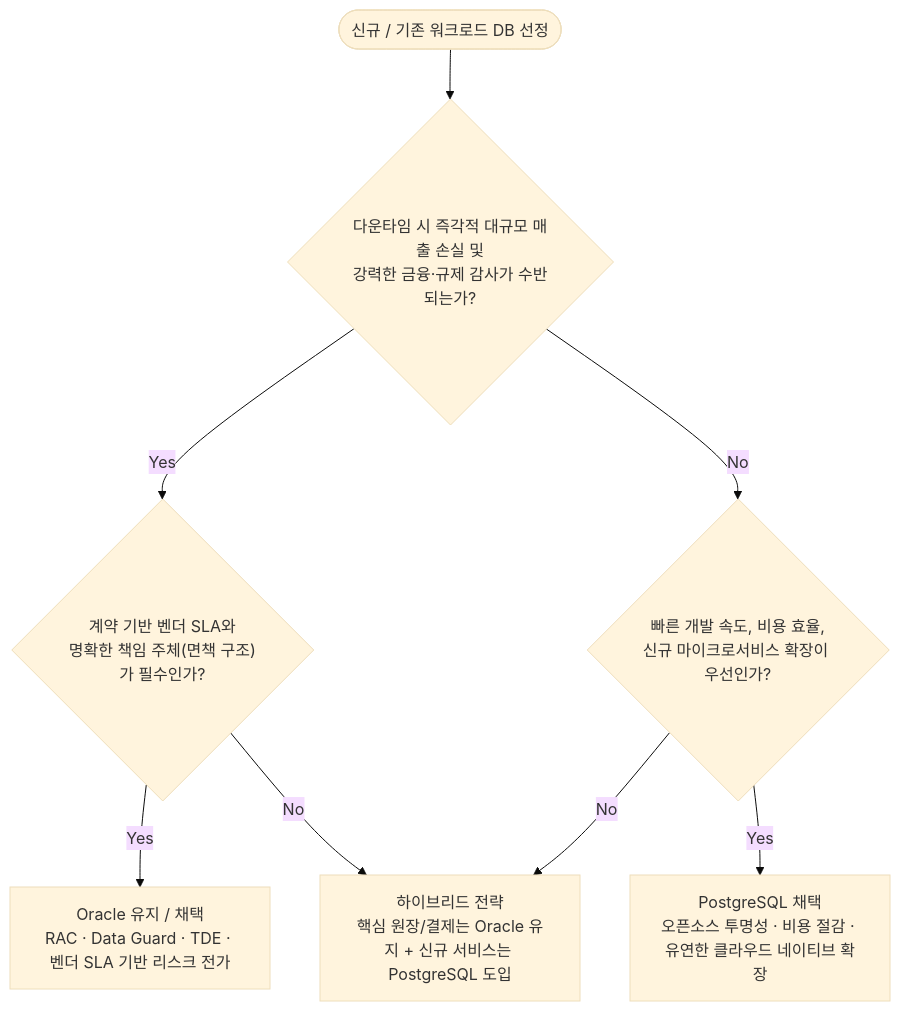
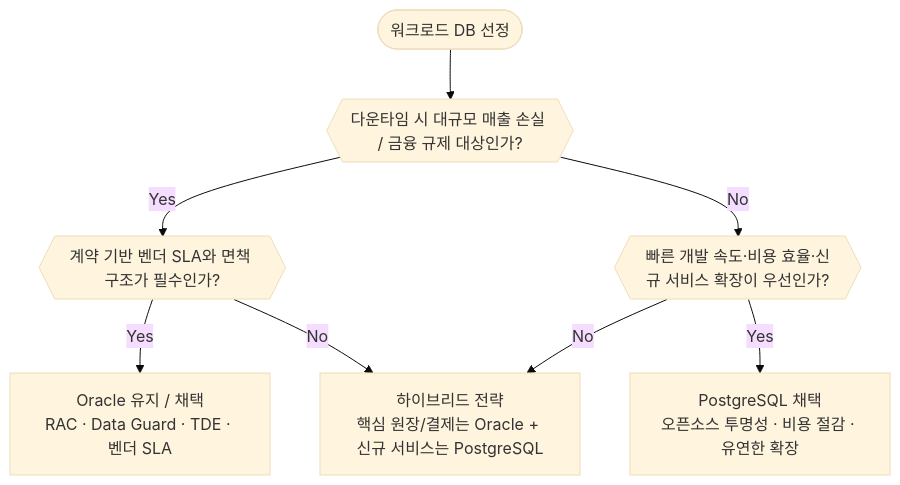
Before and after one commit to djpibo/djpibo.github.io: the first of 2 diagrams in docs/dbms/distributed/why-enterprises-still-choose-oracle-over-postgresql.md, drawn with Mermaid (base theme). The commit also changed 6 other files, not shown here.

Commit message:
style(mermaid): replace oversized diamond nodes with compact hexagon nodes

````diff
--- a/docs/dbms/distributed/why-enterprises-still-choose-oracle-over-postgresql.md
+++ b/docs/dbms/distributed/why-enterprises-still-choose-oracle-over-postgresql.md
@@ -42,19 +42,19 @@
 ```mermaid
 flowchart TD
-    START(["신규 / 기존 워크로드 DB 선정"])
-    Q1{"다운타임 시 즉각적 대규모 매출 손실 및<br/>강력한 금융·규제 감사가 수반되는가?"}
-    Q2{"계약 기반 벤더 SLA와<br/>명확한 책임 주체(면책 구조)가 필수인가?"}
-    Q3{"빠른 개발 속도, 비용 효율,<br/>신규 마이크로서비스 확장이 우선인가?"}
+    START(["워크로드 DB 선정"])
+    Q1{{"다운타임 시 대규모 매출 손실 / 금융 규제 대상인가?"}}
+    Q2{{"계약 기반 벤더 SLA와 면책 구조가 필수인가?"}}
+    Q3{{"빠른 개발 속도·비용 효율·신규 서비스 확장이 우선인가?"}}
 
-    ORACLE["Oracle 유지 / 채택<br/>RAC · Data Guard · TDE · 벤더 SLA 기반 리스크 전가"]
-    PG["PostgreSQL 채택<br/>오픈소스 투명성 · 비용 절감 · 유연한 클라우드 네이티브 확장"]
-    HYBRID["하이브리드 전략<br/>핵심 원장/결제는 Oracle 유지 + 신규 서비스는 PostgreSQL 도입"]
+    ORACLE["Oracle 유지 / 채택<br/>RAC · Data Guard · TDE · 벤더 SLA"]
+    PG["PostgreSQL 채택<br/>오픈소스 투명성 · 비용 절감 · 유연한 확장"]
+    HYBRID["하이브리드 전략<br/>핵심 원장/결제는 Oracle + 신규 서비스는 PostgreSQL"]
 
     START --> Q1
     Q1 -->|"Yes"| Q2
     Q1 -->|"No"| Q3
     Q2 -->|"Yes"| ORACLE
     Q2 -->|"No"| HYBRID
     Q3 -->|"Yes"| PG
     Q3 -->|"No"| HYBRID
 ```
````
